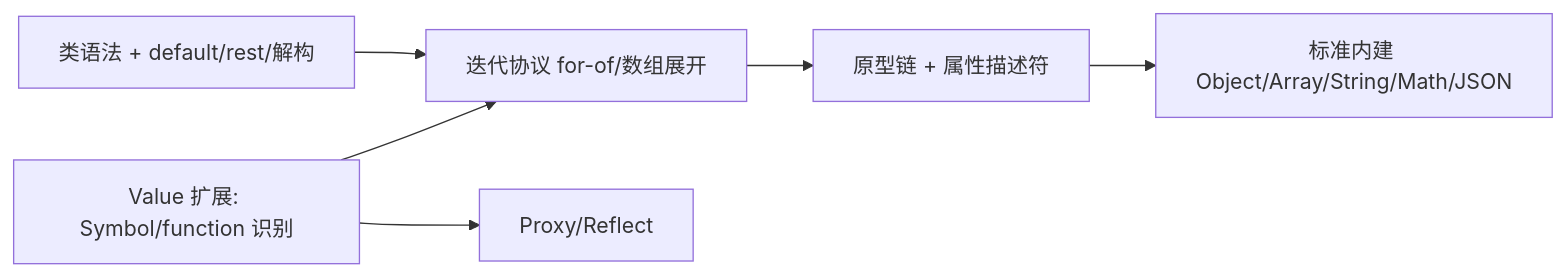
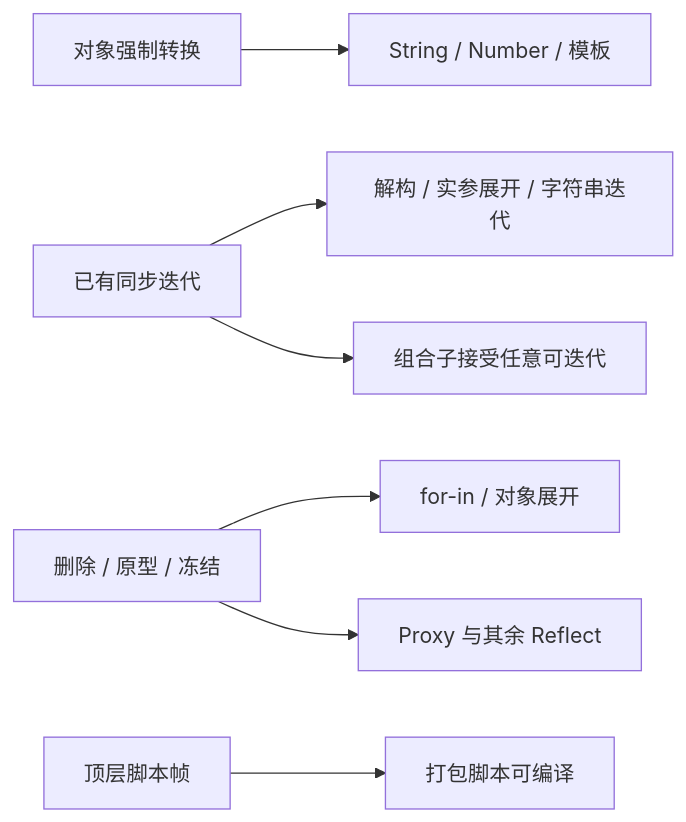
Before and after one commit to codehz/yield-js: the diagram in docs/gaps.md, drawn with Mermaid. The commit also changed other lines of this file and 1 other file, not shown here.

````diff
--- a/docs/gaps.md
+++ b/docs/gaps.md
@@ -71,8 +97,9 @@
 ```mermaid
 flowchart LR
-  A[Value 扩展: Symbol/function 识别] --> B[迭代协议 for-of/数组展开]
-  B --> C[原型链 + 属性描述符]
-  C --> D[标准内建 Object/Array/String/Math/JSON]
-  A --> E[Proxy/Reflect]
-  F[类语法 + default/rest/解构] --> B
+  C[对象强制转换] --> S[String / Number / 模板]
+  I[已有同步迭代] --> D[解构 / 实参展开 / 字符串迭代]
+  I --> P[组合子接受任意可迭代]
+  K[删除 / 原型 / 冻结] --> N[for-in / 对象展开]
+  K --> R[Proxy 与其余 Reflect]
+  B[顶层脚本帧] --> A[打包脚本可编译]
 ```
````
